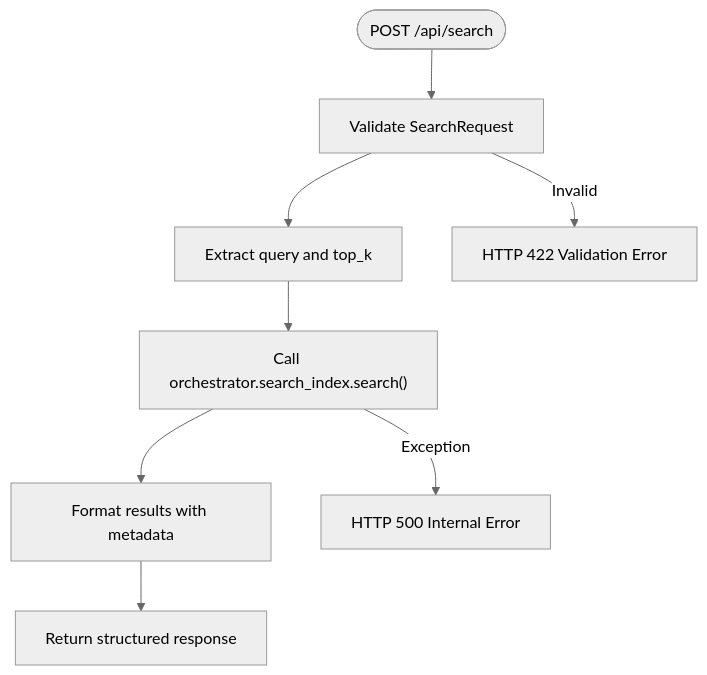
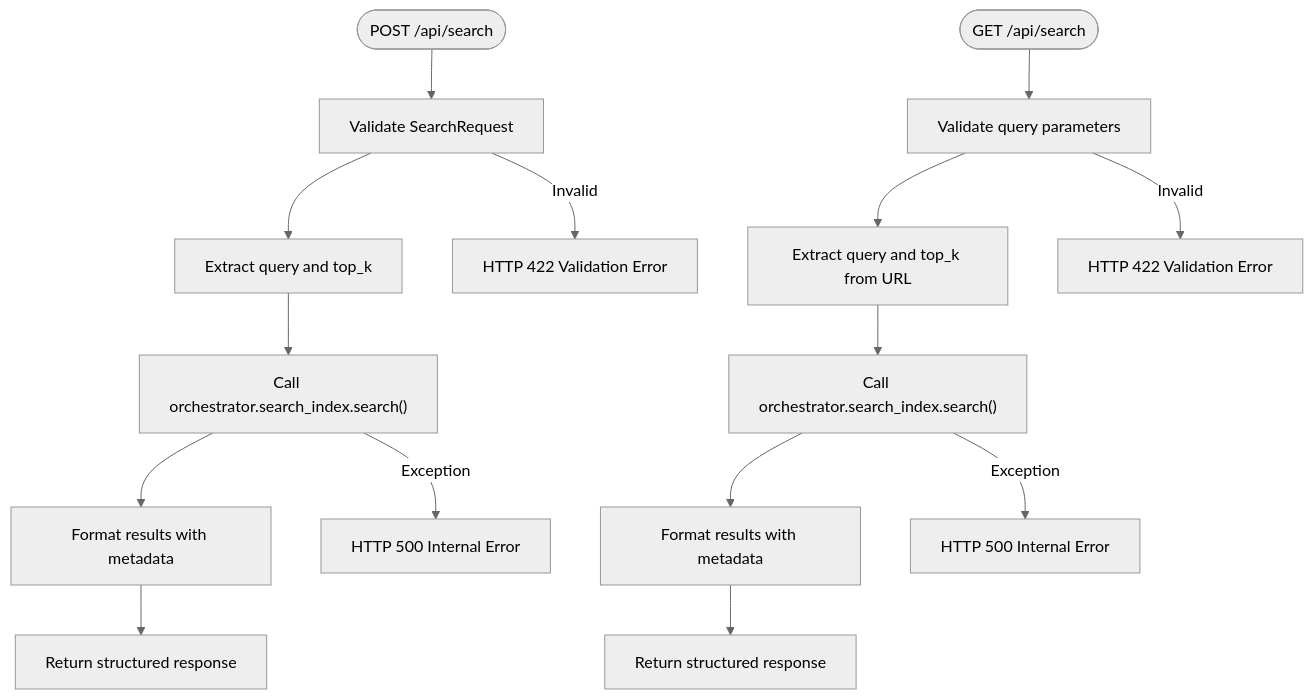
Before and after one commit to alexandreybasta-cyber/dubai-media-ai: the fourth of 5 diagrams in .qoder/repowiki/en/content/Backend API Reference/Search Endpoint.md, drawn with Mermaid (neutral theme). The commit also changed other lines of this file and 23 other files, not shown here.

````diff
--- a/.qoder/repowiki/en/content/Backend API Reference/Search Endpoint.md
+++ b/.qoder/repowiki/en/content/Backend API Reference/Search Endpoint.md
@@ -139,10 +160,17 @@
 ```mermaid
 flowchart TD
 Start([POST /api/search]) --> Validate["Validate SearchRequest"]
 Validate --> Extract["Extract query and top_k"]
 Extract --> CallSearch["Call orchestrator.search_index.search()"]
 CallSearch --> ProcessResults["Format results with metadata"]
 ProcessResults --> Return["Return structured response"]
 Validate --> |Invalid| Error["HTTP 422 Validation Error"]
 CallSearch --> |Exception| Error500["HTTP 500 Internal Error"]
+Start2([GET /api/search]) --> Validate2["Validate query parameters"]
+Validate2 --> Extract2["Extract query and top_k from URL"]
+Extract2 --> CallSearch2["Call orchestrator.search_index.search()"]
+CallSearch2 --> ProcessResults2["Format results with metadata"]
+ProcessResults2 --> Return2["Return structured response"]
+Validate2 --> |Invalid| Error2["HTTP 422 Validation Error"]
+CallSearch2 --> |Exception| Error500_2["HTTP 500 Internal Error"]
 ```
````
